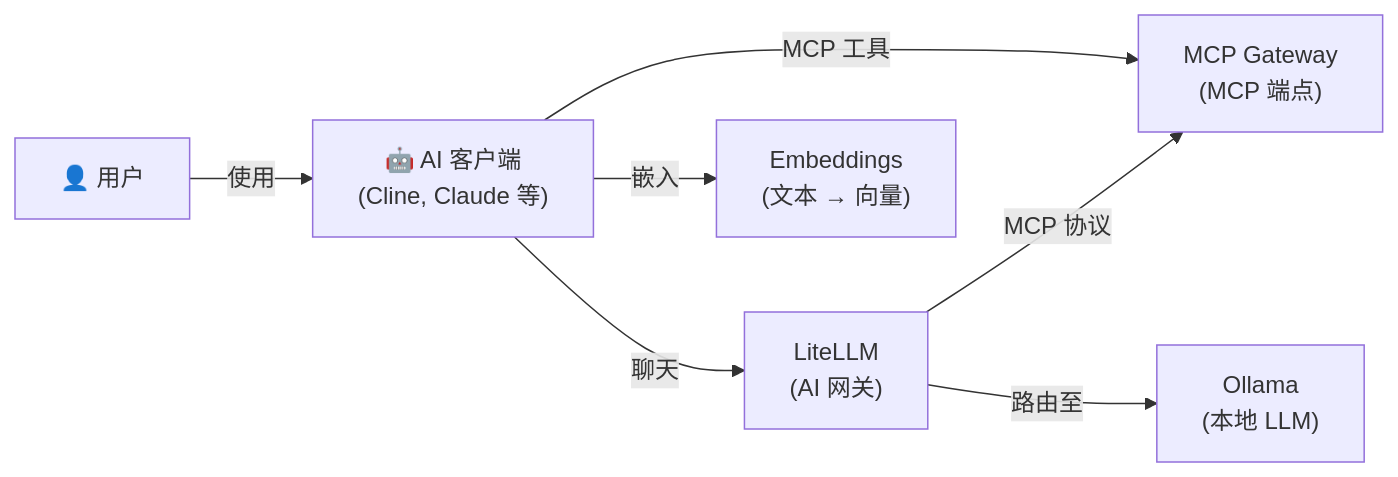
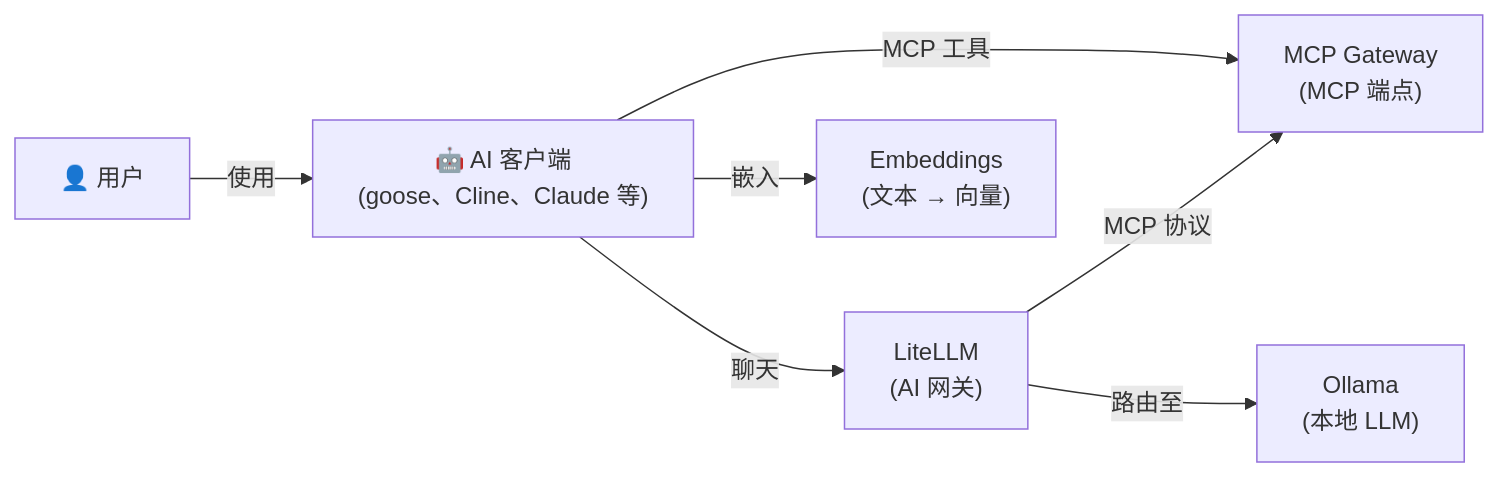
One commit to hwdsl2/self-hosted-ai-stack changed the diagram in stacks/code-assistant/README-zh.md. Above: the diagram before and after it, drawn with Mermaid. The commit also changed other lines of this file and 12 other files, not shown here.

````diff
--- a/stacks/code-assistant/README-zh.md
+++ b/stacks/code-assistant/README-zh.md
@@ -17,9 +17,9 @@
 ```mermaid
 graph LR
-    U["👤 用户"] -->|使用| C["🤖 AI 客户端<br/>(Cline, Claude 等)"]
+    U["👤 用户"] -->|使用| C["🤖 AI 客户端<br/>(goose、Cline、Claude 等)"]
     C -->|MCP 工具| M["MCP Gateway<br/>(MCP 端点)"]
     C -->|聊天| L["LiteLLM<br/>(AI 网关)"]
     L -->|路由至| O["Ollama<br/>(本地 LLM)"]
     L -->|MCP 协议| M
     C -->|嵌入| E["Embeddings<br/>(文本 → 向量)"]
 ```
````
